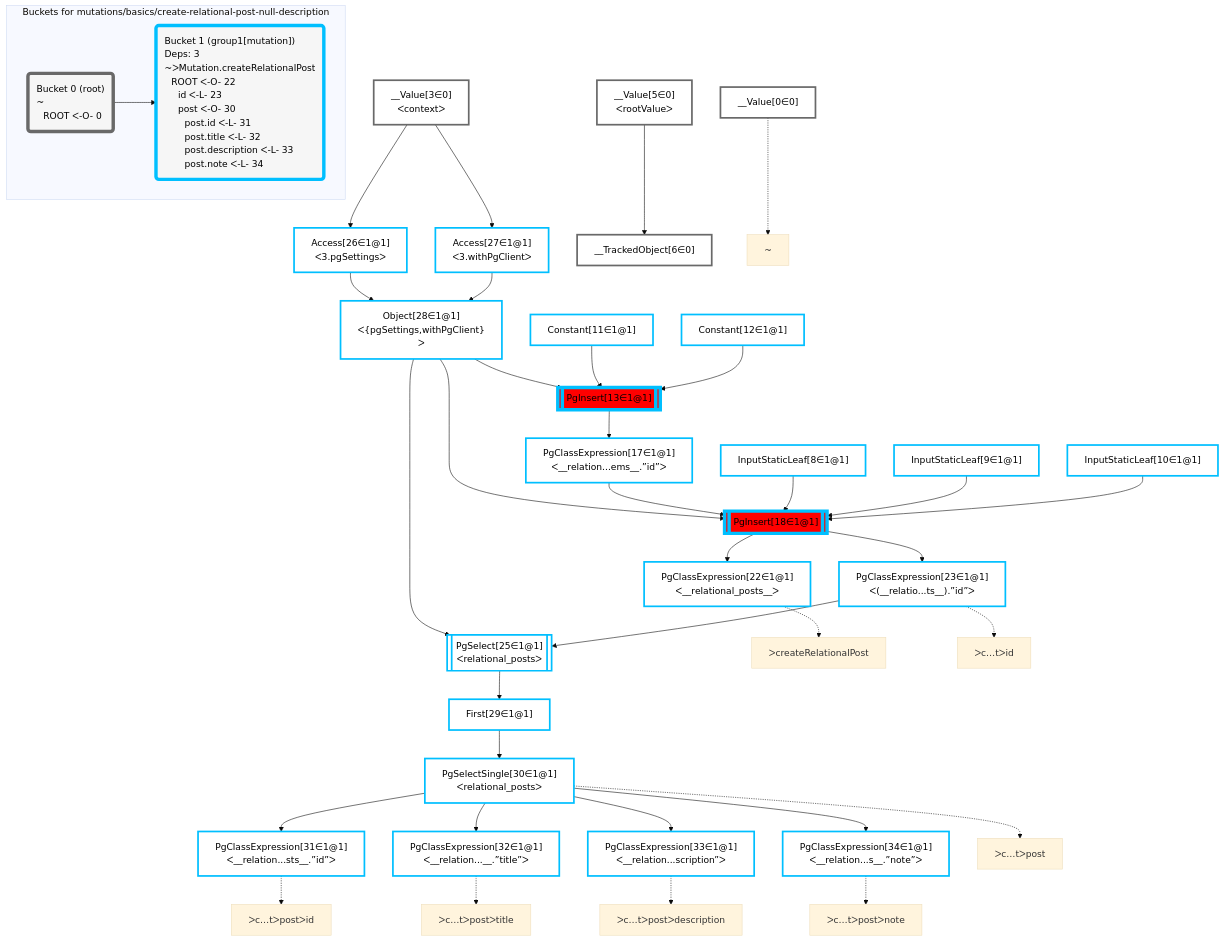
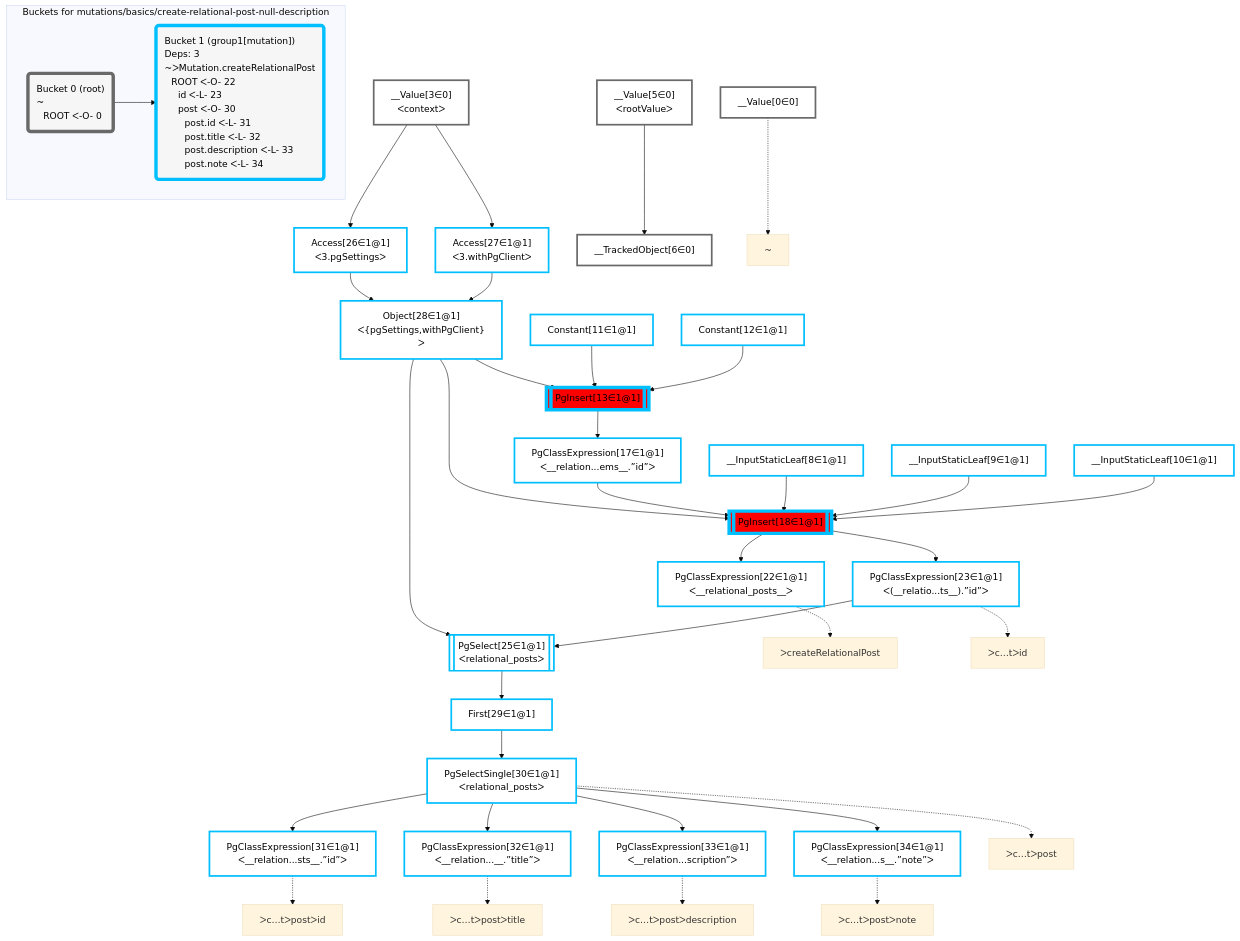
Before and after one commit to graphile/crystal: the diagram in packages/dataplan-pg/__tests__/mutations/basics/create-relational-post-null-description.deopt.mermaid.md, drawn with Mermaid (base theme). The commit also changed 79 other files, not shown here.

````diff
--- a/packages/dataplan-pg/__tests__/mutations/basics/create-relational-post-null-description.deopt.mermaid.md
+++ b/packages/dataplan-pg/__tests__/mutations/basics/create-relational-post-null-description.deopt.mermaid.md
@@ -1,81 +1,81 @@
 ```mermaid
 graph TD
     classDef path fill:#eee,stroke:#000,color:#000
     classDef plan fill:#fff,stroke-width:3px,color:#000
     classDef itemplan fill:#fff,stroke-width:6px,color:#000
     classDef sideeffectplan fill:#f00,stroke-width:6px,color:#000
     classDef bucket fill:#f6f6f6,color:#000,stroke-width:6px,text-align:left
 
 
     %% define plans
     __Value0["__Value[0∈0]"]:::plan
     PgClassExpression22["PgClassExpression[22∈1@1]<br />ᐸ__relational_posts__ᐳ"]:::plan
     PgClassExpression31["PgClassExpression[31∈1@1]<br />ᐸ__relation...sts__.”id”ᐳ"]:::plan
     PgClassExpression32["PgClassExpression[32∈1@1]<br />ᐸ__relation...__.”title”ᐳ"]:::plan
     PgClassExpression33["PgClassExpression[33∈1@1]<br />ᐸ__relation...scription”ᐳ"]:::plan
     PgClassExpression34["PgClassExpression[34∈1@1]<br />ᐸ__relation...s__.”note”ᐳ"]:::plan
     PgSelectSingle30["PgSelectSingle[30∈1@1]<br />ᐸrelational_postsᐳ"]:::plan
     First29["First[29∈1@1]"]:::plan
     PgSelect25[["PgSelect[25∈1@1]<br />ᐸrelational_postsᐳ"]]:::plan
     PgClassExpression23["PgClassExpression[23∈1@1]<br />ᐸ(__relatio...ts__).”id”ᐳ"]:::plan
     PgInsert18[["PgInsert[18∈1@1]"]]:::sideeffectplan
     PgClassExpression17["PgClassExpression[17∈1@1]<br />ᐸ__relation...ems__.”id”ᐳ"]:::plan
     PgInsert13[["PgInsert[13∈1@1]"]]:::sideeffectplan
     Object28["Object[28∈1@1]<br />ᐸ{pgSettings,withPgClient}ᐳ"]:::plan
     Access26["Access[26∈1@1]<br />ᐸ3.pgSettingsᐳ"]:::plan
     Access27["Access[27∈1@1]<br />ᐸ3.withPgClientᐳ"]:::plan
     __Value3["__Value[3∈0]<br />ᐸcontextᐳ"]:::plan
     __TrackedObject6["__TrackedObject[6∈0]"]:::plan
     __Value5["__Value[5∈0]<br />ᐸrootValueᐳ"]:::plan
-    InputStaticLeaf8["InputStaticLeaf[8∈1@1]"]:::plan
-    InputStaticLeaf9["InputStaticLeaf[9∈1@1]"]:::plan
-    InputStaticLeaf10["InputStaticLeaf[10∈1@1]"]:::plan
+    __InputStaticLeaf8["__InputStaticLeaf[8∈1@1]"]:::plan
+    __InputStaticLeaf9["__InputStaticLeaf[9∈1@1]"]:::plan
+    __InputStaticLeaf10["__InputStaticLeaf[10∈1@1]"]:::plan
     Constant11["Constant[11∈1@1]"]:::plan
     Constant12["Constant[12∈1@1]"]:::plan
 
     %% plan dependencies
     PgInsert18 --> PgClassExpression22
     PgSelectSingle30 --> PgClassExpression31
     PgSelectSingle30 --> PgClassExpression32
     PgSelectSingle30 --> PgClassExpression33
     PgSelectSingle30 --> PgClassExpression34
     First29 --> PgSelectSingle30
     PgSelect25 --> First29
     Object28 & PgClassExpression23 --> PgSelect25
     PgInsert18 --> PgClassExpression23
-    Object28 & PgClassExpression17 & InputStaticLeaf8 & InputStaticLeaf9 & InputStaticLeaf10 --> PgInsert18
+    Object28 & PgClassExpression17 & __InputStaticLeaf8 & __InputStaticLeaf9 & __InputStaticLeaf10 --> PgInsert18
     PgInsert13 --> PgClassExpression17
     Object28 & Constant11 & Constant12 --> PgInsert13
     Access26 & Access27 --> Object28
     __Value3 --> Access26
     __Value3 --> Access27
     __Value5 --> __TrackedObject6
 
     %% plan-to-path relationships
     P0["~"]
     __Value0 -.-> P0
     P22["ᐳcreateRelationalPost"]
     PgClassExpression22 -.-> P22
     P23["ᐳc…tᐳid"]
     PgClassExpression23 -.-> P23
     P30["ᐳc…tᐳpost"]
     PgSelectSingle30 -.-> P30
     P31["ᐳc…tᐳpostᐳid"]
     PgClassExpression31 -.-> P31
     P32["ᐳc…tᐳpostᐳtitle"]
     PgClassExpression32 -.-> P32
     P33["ᐳc…tᐳpostᐳdescription"]
     PgClassExpression33 -.-> P33
     P34["ᐳc…tᐳpostᐳnote"]
     PgClassExpression34 -.-> P34
 
     subgraph "Buckets for mutations/basics/create-relational-post-null-description"
     Bucket0("Bucket 0 (root)<br />~<br />⠀ROOT ᐸ-O- 0"):::bucket
     classDef bucket0 stroke:#696969
     class Bucket0,__Value0,__Value3,__Value5,__TrackedObject6 bucket0
     Bucket1("Bucket 1 (group1[mutation])<br />Deps: 3<br />~ᐳMutation.createRelationalPost<br />⠀ROOT ᐸ-O- 22<br />⠀⠀id ᐸ-L- 23<br />⠀⠀post ᐸ-O- 30<br />⠀⠀⠀post.id ᐸ-L- 31<br />⠀⠀⠀post.title ᐸ-L- 32<br />⠀⠀⠀post.description ᐸ-L- 33<br />⠀⠀⠀post.note ᐸ-L- 34"):::bucket
     classDef bucket1 stroke:#00bfff
-    class Bucket1,InputStaticLeaf8,InputStaticLeaf9,InputStaticLeaf10,Constant11,Constant12,PgInsert13,PgClassExpression17,PgInsert18,PgClassExpression22,PgClassExpression23,PgSelect25,Access26,Access27,Object28,First29,PgSelectSingle30,PgClassExpression31,PgClassExpression32,PgClassExpression33,PgClassExpression34 bucket1
+    class Bucket1,__InputStaticLeaf8,__InputStaticLeaf9,__InputStaticLeaf10,Constant11,Constant12,PgInsert13,PgClassExpression17,PgInsert18,PgClassExpression22,PgClassExpression23,PgSelect25,Access26,Access27,Object28,First29,PgSelectSingle30,PgClassExpression31,PgClassExpression32,PgClassExpression33,PgClassExpression34 bucket1
     Bucket0 --> Bucket1
     end
 ```
````
